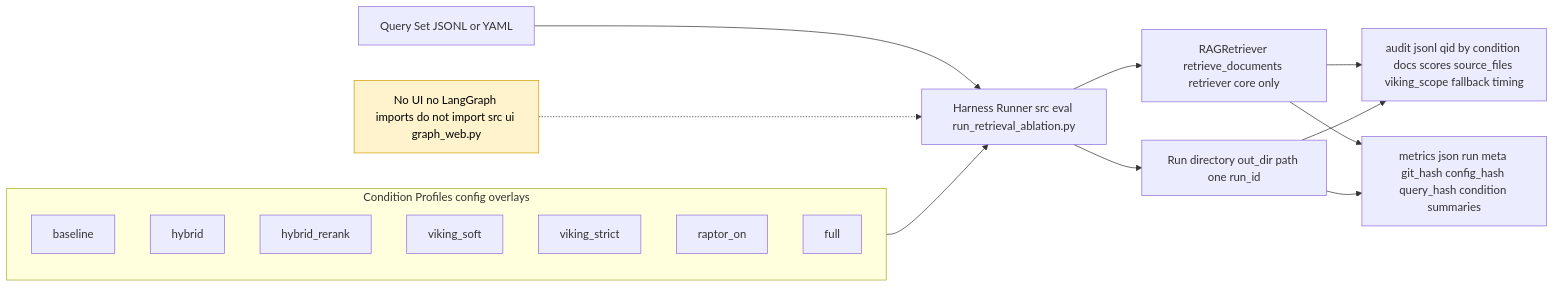
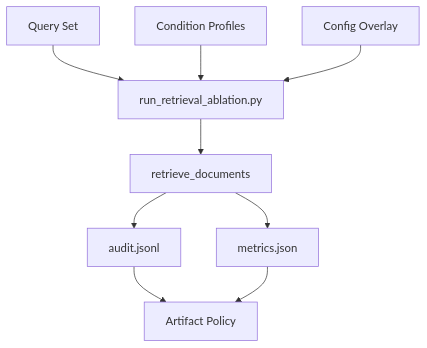
Before and after one commit to Kororu-lab/RAG: the second of 2 diagrams in README.md, drawn with Mermaid. The commit also changed other lines of this file, not shown here.

Commit message:
simple mermaid

````diff
--- a/README.md
+++ b/README.md
@@ -77,28 +42,17 @@
 ```mermaid
-flowchart LR
-  QS[Query Set JSONL or YAML] --> HR[Harness Runner src eval run_retrieval_ablation.py]
+flowchart TD
+  QS[Query Set]
+  CP[Condition Profiles]
+  CFG[Config Overlay]
 
-  HR --> RET[RAGRetriever retrieve_documents retriever core only]
-  RET --> AUD[audit jsonl qid by condition docs scores source_files viking_scope fallback timing]
-  RET --> MET[metrics json run meta git_hash config_hash query_hash condition summaries]
+  QS --> HR[run_retrieval_ablation.py]
+  CP --> HR
+  CFG --> HR
 
-  subgraph COND["Condition Profiles config overlays"]
-    C0[baseline]
-    C1[hybrid]
-    C2[hybrid_rerank]
-    C3[viking_soft]
-    C4[viking_strict]
-    C5[raptor_on]
-    C6[full]
-  end
+  HR --> RET[retrieve_documents]
+  RET --> AUD[audit.jsonl]
+  RET --> MET[metrics.json]
 
-  COND --> HR
-  HR --> OUT[Run directory out_dir path one run_id]
-  OUT --> AUD
-  OUT --> MET
-
-  NOTE[No UI no LangGraph imports do not import src ui graph_web.py]:::warn
-  NOTE -.-> HR
-
-  classDef warn fill:#fff3cd,stroke:#d39e00,color:#000;
+  AUD --> ART[Artifact Policy]
+  MET --> ART
 ```
````
